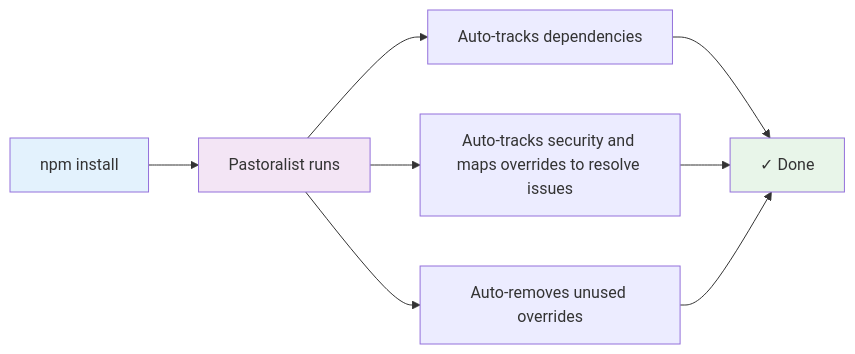
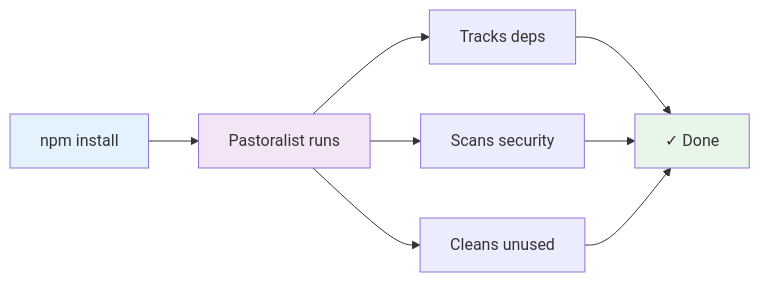
The second of 6 diagrams in README.md (yowainwright/pastoralist), drawn with Mermaid before and after one commit. The commit also changed other lines of this file, not shown here.

Commit message:
chore: updates mermaid

````diff
--- a/README.md
+++ b/README.md
@@ -112,14 +112,14 @@
 ```mermaid
 flowchart LR
     Install[npm install] --> Auto[Pastoralist runs]
-    Auto --> Track[Auto-tracks dependencies]
-    Auto --> Scan[Auto-tracks security and maps overrides to resolve issues]
-    Auto --> Clean[Auto-removes unused overrides]
+    Auto --> Track[Tracks deps]
+    Auto --> Scan[Scans security]
+    Auto --> Clean[Cleans unused]
     Track --> Done[✓ Done]
     Scan --> Done
     Clean --> Done
 
     style Install fill:#e3f2fd
     style Auto fill:#f3e5f5
     style Done fill:#e8f5e9
 ```
````
